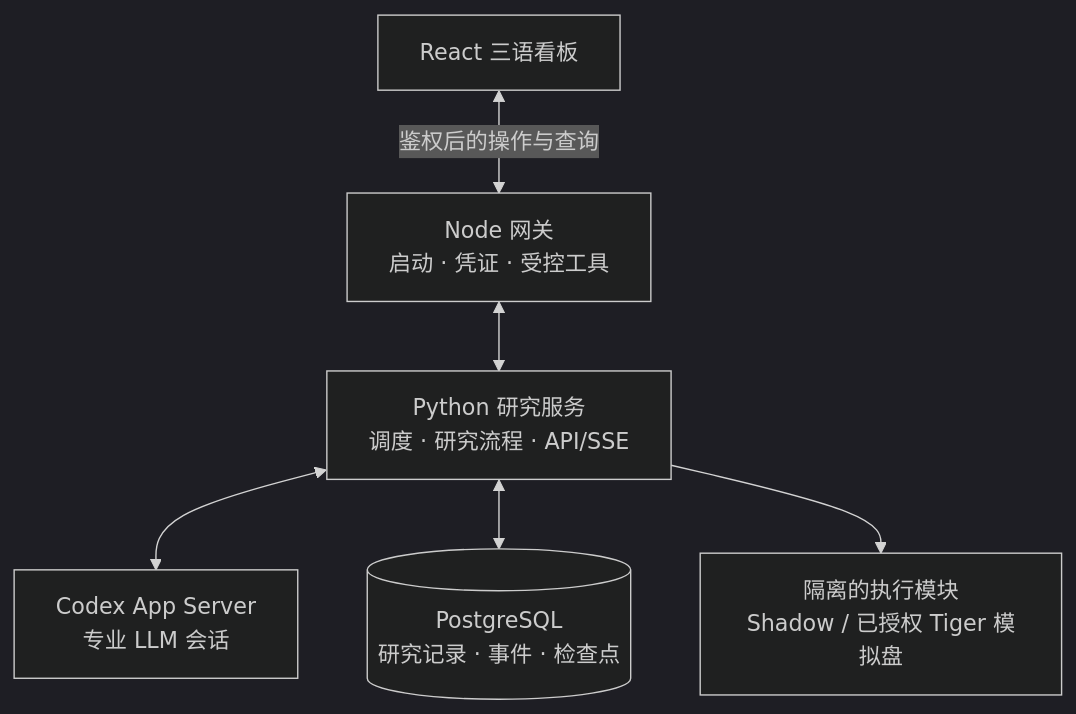
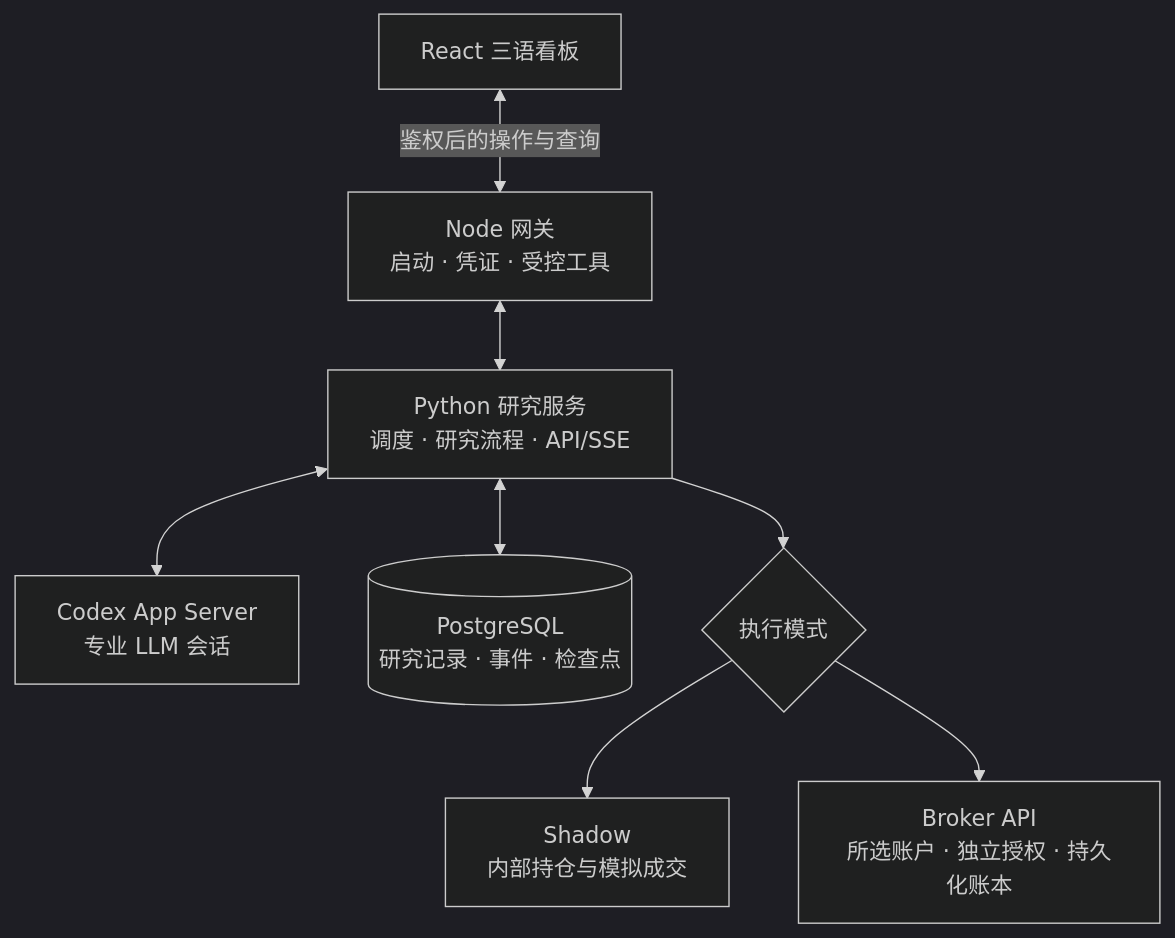
The second of 2 diagrams in README.zh-CN.md (kyky2347/ALTA), drawn with Mermaid (dark theme) before and after one commit. The commit also changed other lines of this file and 61 other files, not shown here.

````diff
--- a/README.zh-CN.md
+++ b/README.zh-CN.md
@@ -127,8 +161,10 @@
 ```mermaid
 flowchart TB
     UI["React 三语看板"] <-->|"鉴权后的操作与查询"| N["Node 网关<br/>启动 · 凭证 · 受控工具"]
     N <--> P["Python 研究服务<br/>调度 · 研究流程 · API/SSE"]
     P <--> C["Codex App Server<br/>专业 LLM 会话"]
     P <--> DB[("PostgreSQL<br/>研究记录 · 事件 · 检查点")]
-    P --> X["隔离的执行模块<br/>Shadow / 已授权 Tiger 模拟盘"]
+    P --> X{"执行模式"}
+    X --> S["Shadow<br/>内部持仓与模拟成交"]
+    X --> B["Broker API<br/>所选账户 · 独立授权 · 持久化账本"]
 ```
````
